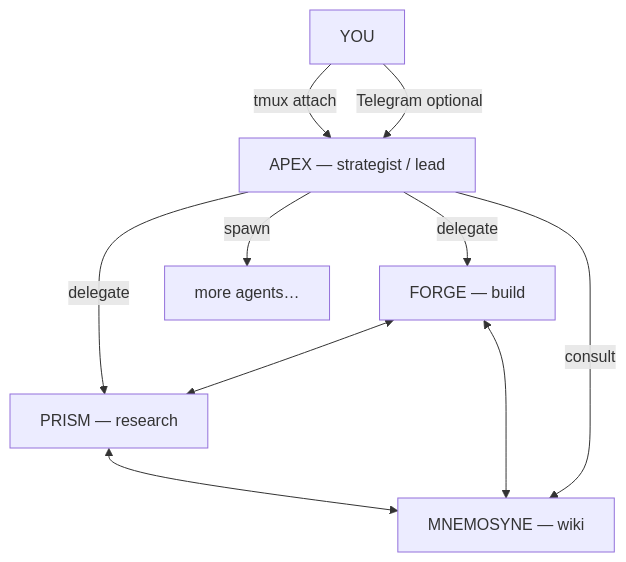
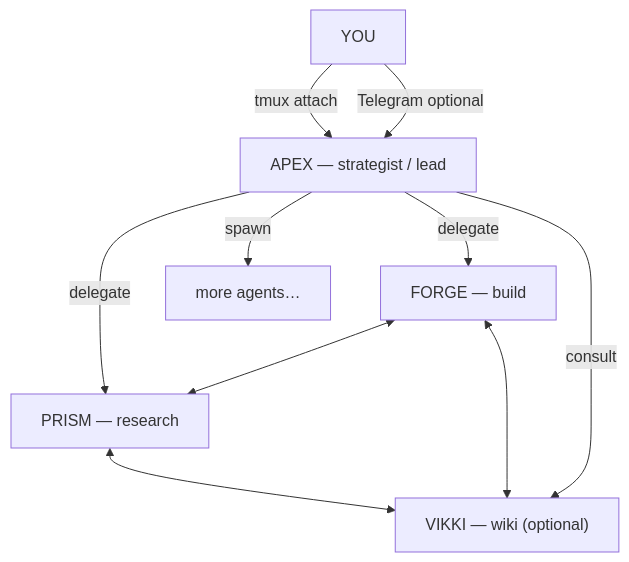
Before and after one commit to jarvis-thi/opencode-fleet-lite: the diagram in README.md, drawn with Mermaid. The commit also changed other lines of this file and 28 other files, not shown here.

First line of the commit message:
docs: rename wiki agent to Vikki and make opt-in

````diff
--- a/README.md
+++ b/README.md
@@ -61,13 +61,13 @@
 ```mermaid
 flowchart TB
   YOU[YOU]
   YOU -->|tmux attach| APEX["APEX — strategist / lead"]
   YOU -->|Telegram optional| APEX
   APEX -->|delegate| FORGE["FORGE — build"]
   APEX -->|delegate| PRISM["PRISM — research"]
   APEX -->|spawn| MORE["more agents…"]
   FORGE <--> PRISM
-  PRISM <--> MNEM["MNEMOSYNE — wiki"]
-  FORGE <--> MNEM
-  APEX -->|consult| MNEM
+  PRISM <--> VIKKI["VIKKI — wiki (optional)"]
+  FORGE <--> VIKKI
+  APEX -->|consult| VIKKI
 ```
````
